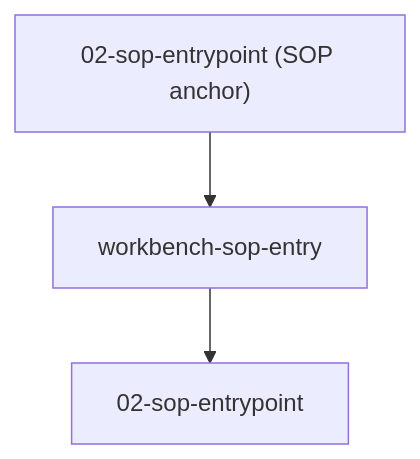
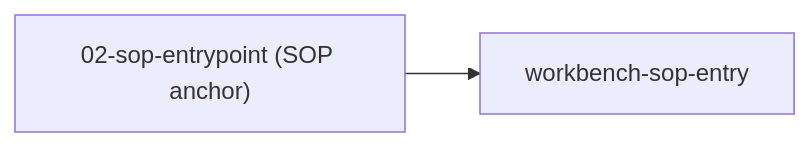
One commit to Memo-Init/spec changed the diagram in dist/workbench/0.1.0/bridge/42-bridge.md. Above: the diagram before and after it, drawn with Mermaid. The commit also changed other lines of this file and 178 other files, not shown here.

Commit message:
Compact + reorder bridge graph views M058-01

````diff
--- a/dist/workbench/0.1.0/bridge/42-bridge.md
+++ b/dist/workbench/0.1.0/bridge/42-bridge.md
@@ -426,8 +17,6 @@
 ```mermaid
-flowchart TD
+flowchart LR
     sop["02-sop-entrypoint (SOP anchor)"]
     sk_workbench_sop_entry["workbench-sop-entry"]
-    ch_n_02_sop_entrypoint["02-sop-entrypoint"]
     sop --> sk_workbench_sop_entry
-    sk_workbench_sop_entry --> ch_n_02_sop_entrypoint
 ```
````
